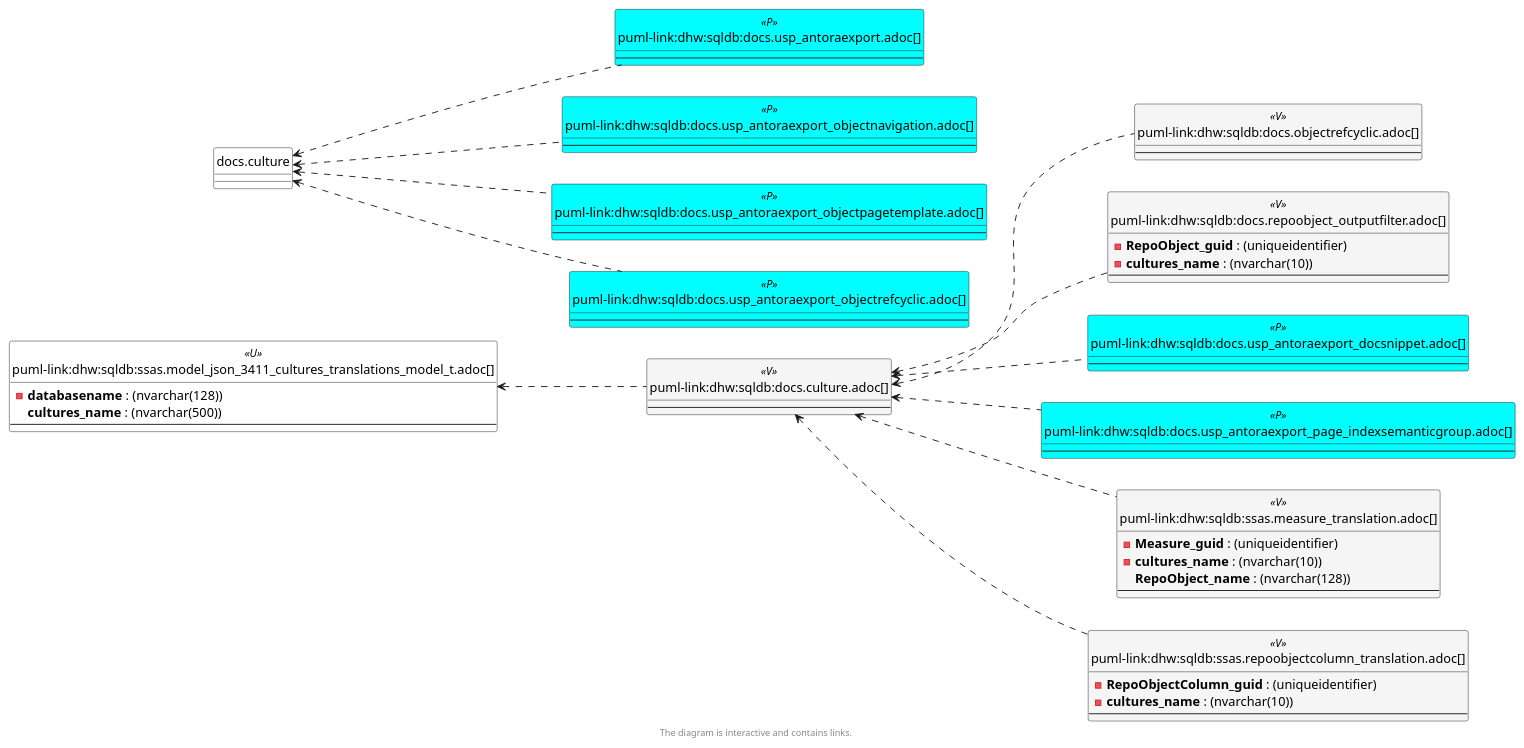
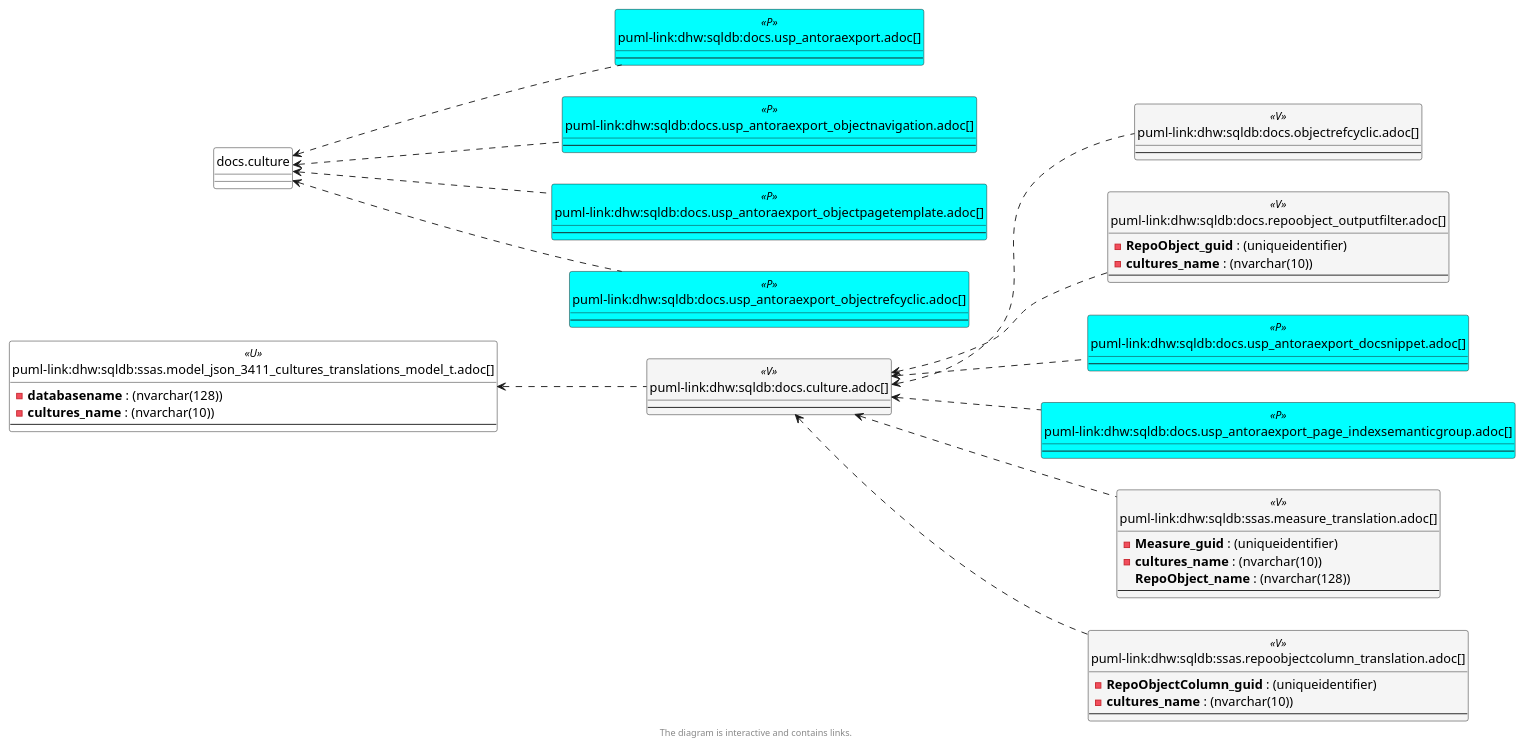
The third of 6 diagrams in docs/modules/sqldb/partials/content/docs.culture.adoc (DataHandwerk/dhw-antora-sqldb), drawn with PlantUML before and after one commit. The commit also changed other lines of this file and 641 other files, not shown here.

```diff
--- a/docs/modules/sqldb/partials/content/docs.culture.adoc
+++ b/docs/modules/sqldb/partials/content/docs.culture.adoc
@@ -610,7 +610,7 @@
 
 entity "puml-link:dhw:sqldb:ssas.model_json_3411_cultures_translations_model_t.adoc[]" as ssas.model_json_3411_cultures_translations_model_T << U >> {
   - **databasename** : (nvarchar(128))
-  **cultures_name** : (nvarchar(500))
+  - **cultures_name** : (nvarchar(10))
   --
 }
 
@@ -620,14 +620,14 @@
   --
 }
 
-docs.Culture <.. docs.RepoObject_OutputFilter
+docs.culture <.. docs.usp_AntoraExport_ObjectRefCyclic
+docs.Culture <.. ssas.RepoObjectColumn_translation
+docs.Culture <.. docs.ObjectRefCyclic
 docs.Culture <.. docs.usp_AntoraExport_DocSnippet
 docs.culture <.. docs.usp_AntoraExport
 docs.Culture <.. docs.usp_AntoraExport_Page_IndexSemanticGroup
 docs.culture <.. docs.usp_AntoraExport_ObjectPageTemplate
-docs.culture <.. docs.usp_AntoraExport_ObjectRefCyclic
-docs.Culture <.. ssas.RepoObjectColumn_translation
-docs.Culture <.. docs.ObjectRefCyclic
+docs.Culture <.. docs.RepoObject_OutputFilter
 docs.Culture <.. ssas.Measure_translation
 docs.culture <.. docs.usp_AntoraExport_ObjectNavigation
 ssas.model_json_3411_cultures_translations_model_T <.. docs.Culture
```
